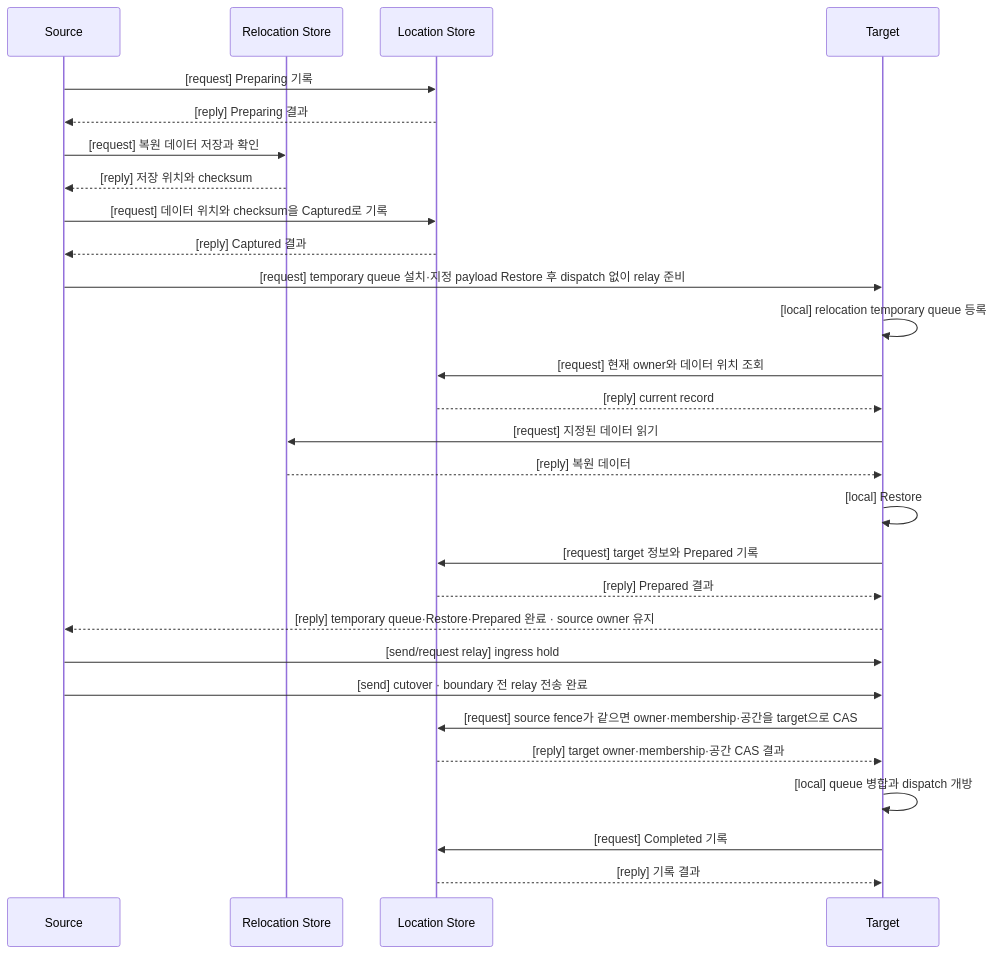
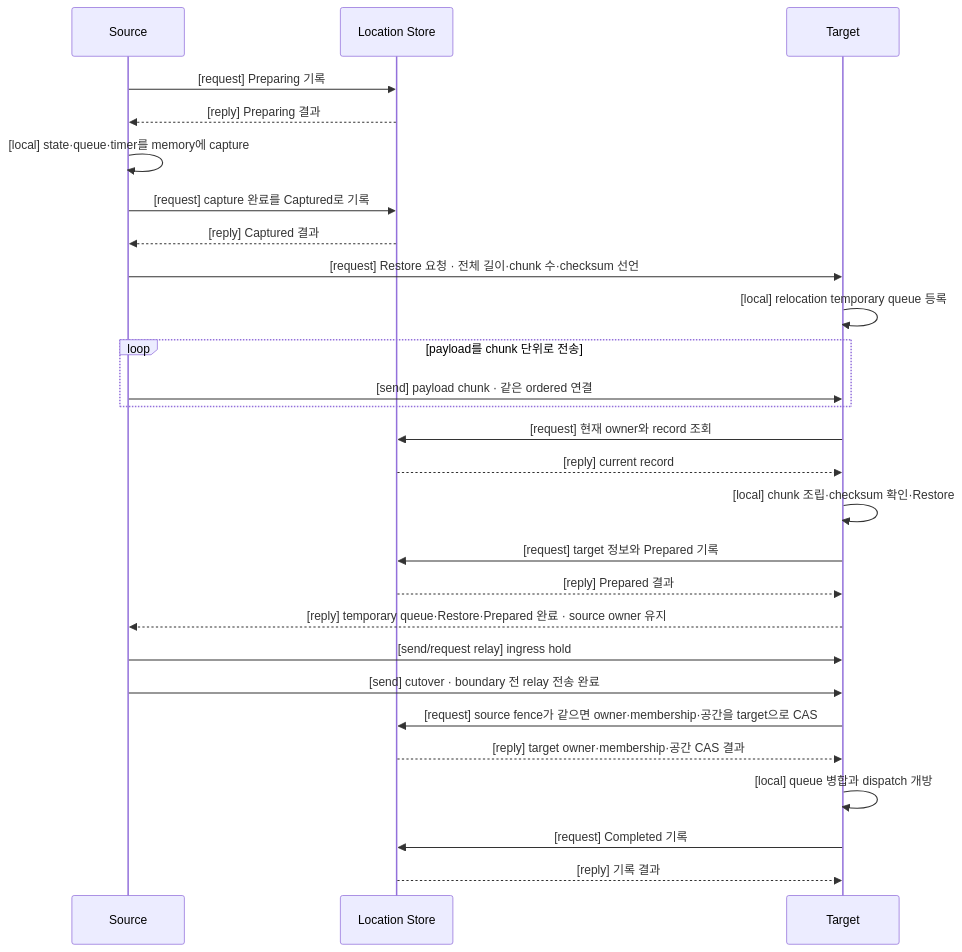
The fourth of 4 diagrams in framework/doc/framework/common/spec/server/21-location-runtime.ko.md (zlink-systems/zlink), drawn with Mermaid before and after one commit. The commit also changed other lines of this file and 145 other files, not shown here.

````diff
--- a/framework/doc/framework/common/spec/server/21-location-runtime.ko.md
+++ b/framework/doc/framework/common/spec/server/21-location-runtime.ko.md
@@ -913,31 +925,30 @@
 ```mermaid
 sequenceDiagram
     participant S as Source
-    participant B as Relocation Store
     participant L as Location Store
     participant T as Target
 
     S->>L: [request] Preparing 기록
     L-->>S: [reply] Preparing 결과
-    S->>B: [request] 복원 데이터 저장과 확인
-    B-->>S: [reply] 저장 위치와 checksum
-    S->>L: [request] 데이터 위치와 checksum을 Captured로 기록
+    S->>S: [local] state·queue·timer를 memory에 capture
+    S->>L: [request] capture 완료를 Captured로 기록
     L-->>S: [reply] Captured 결과
-    S->>T: [request] temporary queue 설치·지정 payload Restore 후 dispatch 없이 relay 준비
+    S->>T: [request] Restore 요청 · 전체 길이·chunk 수·checksum 선언
     T->>T: [local] relocation temporary queue 등록
-    T->>L: [request] 현재 owner와 데이터 위치 조회
+    loop payload를 chunk 단위로 전송
+        S->>T: [send] payload chunk · 같은 ordered 연결
+    end
+    T->>L: [request] 현재 owner와 record 조회
     L-->>T: [reply] current record
-    T->>B: [request] 지정된 데이터 읽기
-    B-->>T: [reply] 복원 데이터
-    T->>T: [local] Restore
+    T->>T: [local] chunk 조립·checksum 확인·Restore
     T->>L: [request] target 정보와 Prepared 기록
     L-->>T: [reply] Prepared 결과
     T-->>S: [reply] temporary queue·Restore·Prepared 완료 · source owner 유지
     S->>T: [send/request relay] ingress hold
     S->>T: [send] cutover · boundary 전 relay 전송 완료
     T->>L: [request] source fence가 같으면 owner·membership·공간을 target으로 CAS
     L-->>T: [reply] target owner·membership·공간 CAS 결과
     T->>T: [local] queue 병합과 dispatch 개방
     T->>L: [request] Completed 기록
     L-->>T: [reply] 기록 결과
 ```
````
